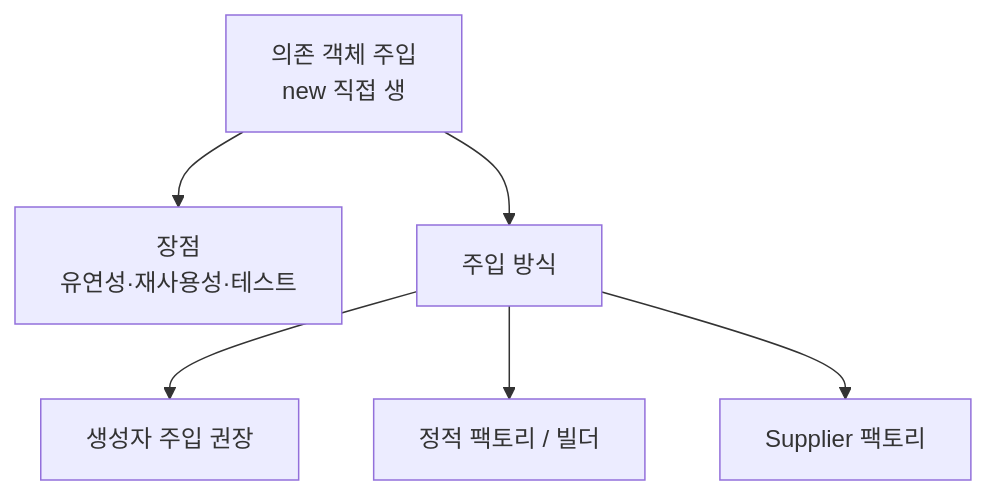
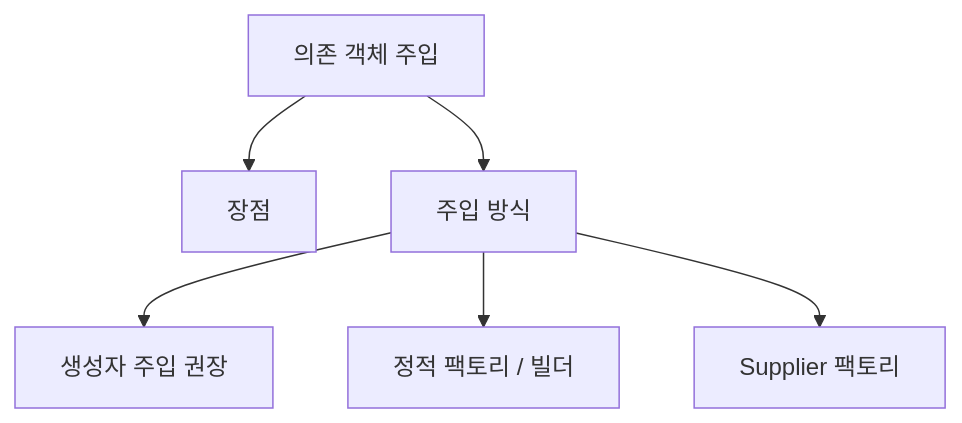
One commit to yjkim2015/yjkim2015.github.io changed the third of 3 diagrams in _posts/java/2021-12-19-effective-java5.md. Above: the diagram before and after it, drawn with Mermaid. The commit also changed 217 other files, not shown here.

First line of the commit message:
Mermaid 크기 수정: useMaxWidth:true + SVG max-width:100% + 라벨 축소

````diff
--- a/_posts/java/2021-12-19-effective-java5.md
+++ b/_posts/java/2021-12-19-effective-java5.md
@@ -199,8 +199,8 @@
 ```mermaid
 graph TD
-    A["의존 객체 주입\nnew 직접 생"] --> B["장점\n유연성·재사용성·테스트"]
+    A["의존 객체 주입"] --> B["장점"]
     A --> C["주입 방식"]
     C --> D["생성자 주입 권장"]
     C --> E["정적 팩토리 / 빌더"]
     C --> F["Supplier 팩토리"]
 ```
````
